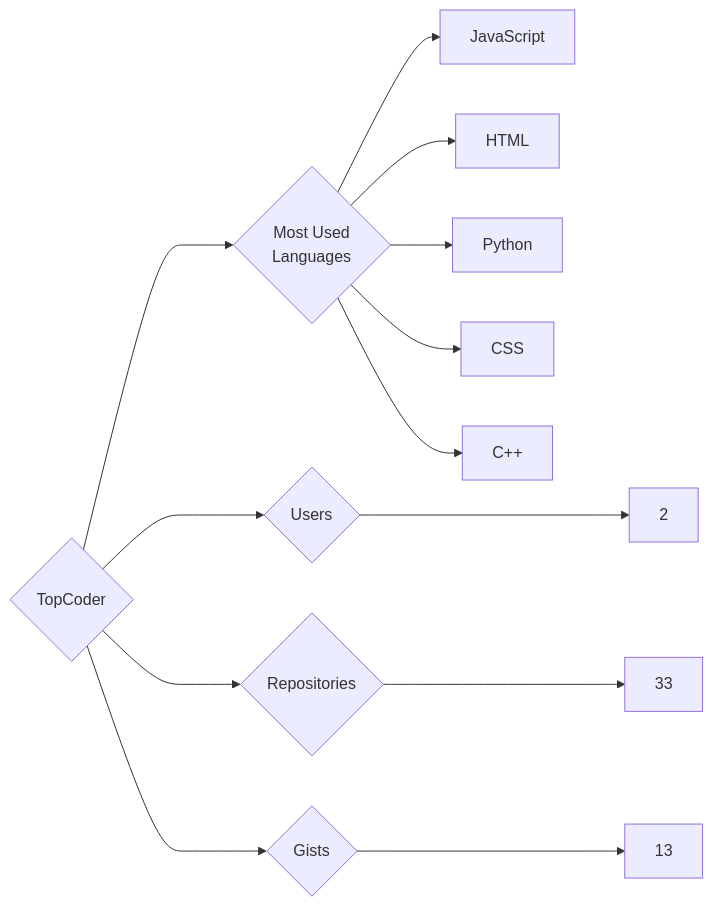
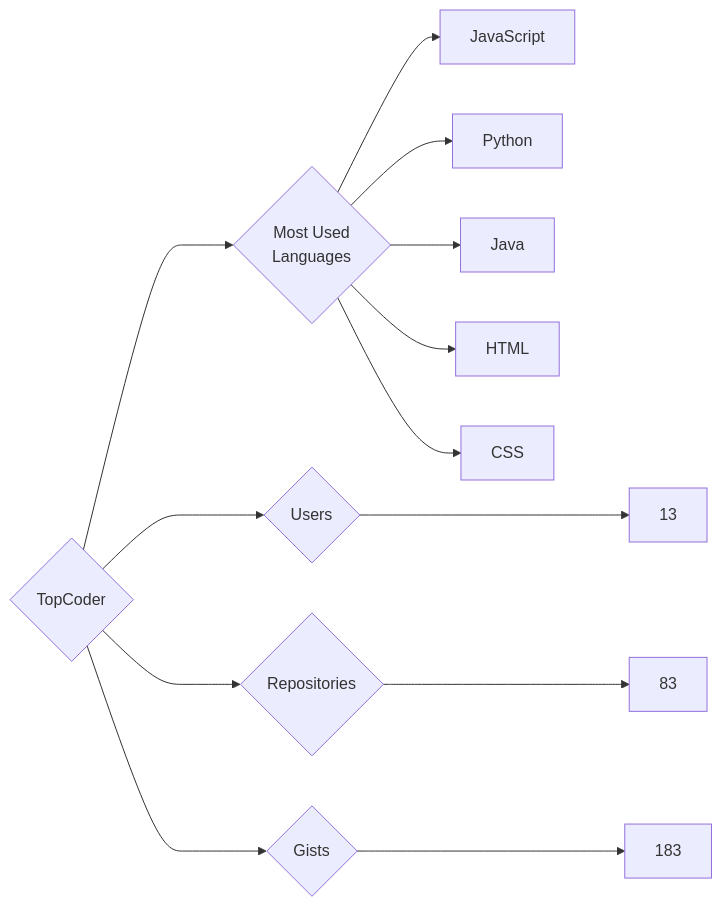
The diagram in targets/TopCoder/README.md (trickest/insiders), drawn with Mermaid before and after one commit. The commit also changed 799 other files, not shown here.

````diff
--- a/targets/TopCoder/README.md
+++ b/targets/TopCoder/README.md
@@ -3,13 +3,13 @@
 ```mermaid
 graph LR
 COMPANY_NAME{TopCoder}
-COMPANY_NAME ---> U{Users} ---> UN[2]
-COMPANY_NAME ---> R{Repositories} ---> RN[33]
-COMPANY_NAME ---> G{Gists} ---> GN[13]
+COMPANY_NAME ---> U{Users} ---> UN[13]
+COMPANY_NAME ---> R{Repositories} ---> RN[83]
+COMPANY_NAME ---> G{Gists} ---> GN[183]
 COMPANY_NAME ---> ML{Most Used<br>Languages}
 ML --> JavaScript[JavaScript]
+ML --> Python[Python]
+ML --> Java[Java]
 ML --> HTML[HTML]
-ML --> Python[Python]
 ML --> CSS[CSS]
-ML --> C++[C++]
 ```
````
